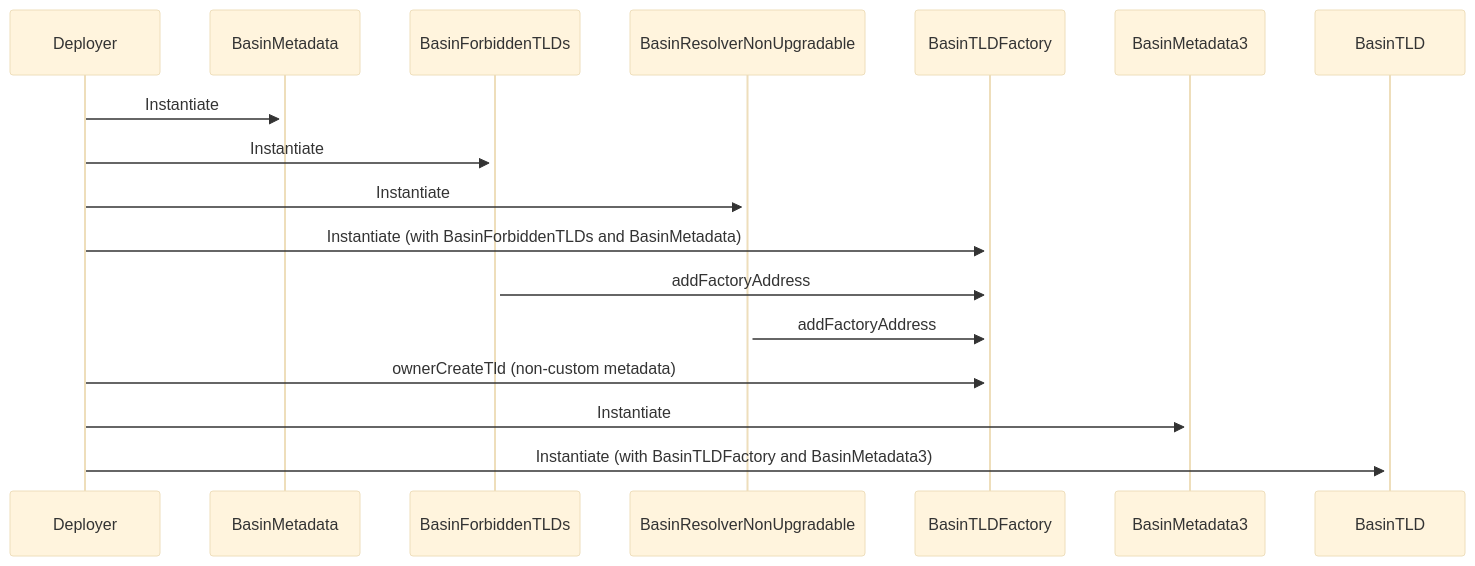
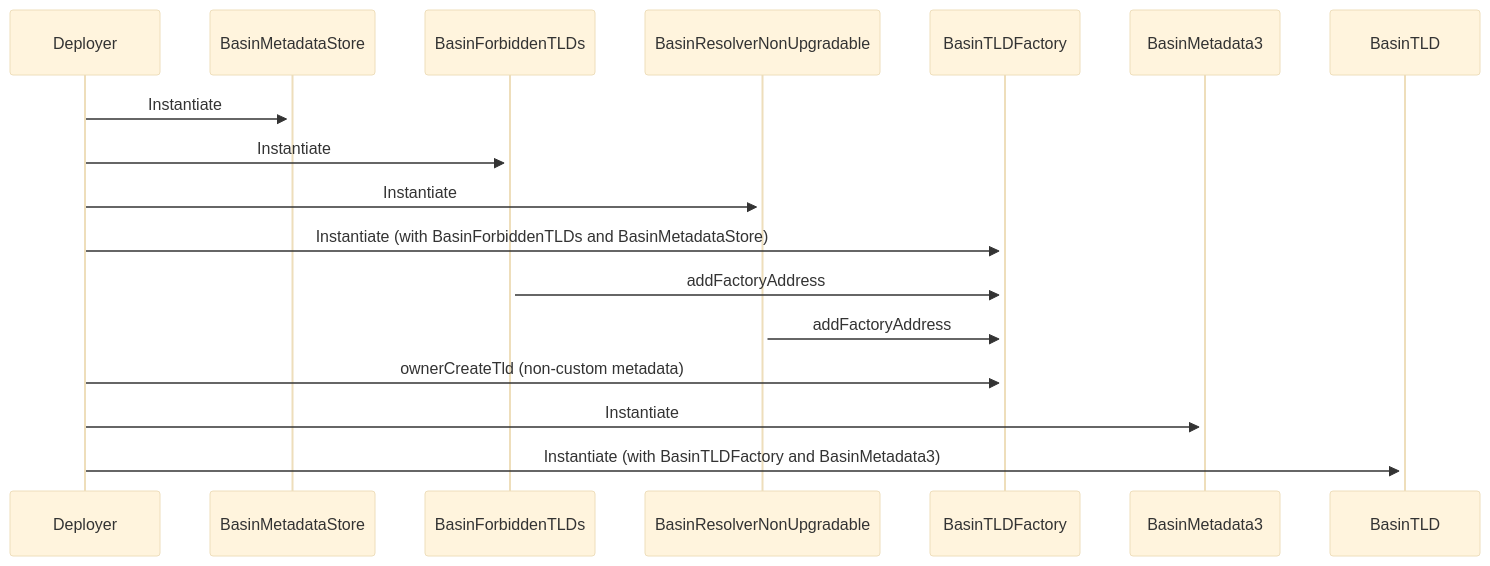
The diagram in README.md (basin-global/Situs-Protocol), drawn with Mermaid (base theme) before and after one commit. The commit also changed 14 other files, not shown here.

````diff
--- a/README.md
+++ b/README.md
@@ -5,20 +5,20 @@
 ```mermaid
 sequenceDiagram
     participant deployer as Deployer
-    participant basinMetadata as BasinMetadata
+    participant basinMetadataStore as BasinMetadataStore
     participant basinForbiddenTLDs as BasinForbiddenTLDs
     participant basinResolverNonUpgradable as BasinResolverNonUpgradable
     participant basinTLDFactory as BasinTLDFactory
     participant basinMetadata3 as BasinMetadata3
     participant basinTLD as BasinTLD
 
-    deployer ->>+ basinMetadata: Instantiate
+    deployer ->>+ basinMetadataStore: Instantiate
     deployer ->>+ basinForbiddenTLDs: Instantiate
     deployer ->>+ basinResolverNonUpgradable: Instantiate
-    deployer ->>+ basinTLDFactory: Instantiate (with BasinForbiddenTLDs and BasinMetadata)
+    deployer ->>+ basinTLDFactory: Instantiate (with BasinForbiddenTLDs and BasinMetadataStore)
     basinForbiddenTLDs ->>+ basinTLDFactory: addFactoryAddress
     basinResolverNonUpgradable ->>+ basinTLDFactory: addFactoryAddress
     deployer ->>+ basinTLDFactory: ownerCreateTld (non-custom metadata)
     deployer ->>+ basinMetadata3: Instantiate
     deployer ->>+ basinTLD: Instantiate (with BasinTLDFactory and BasinMetadata3)
 ```
````
